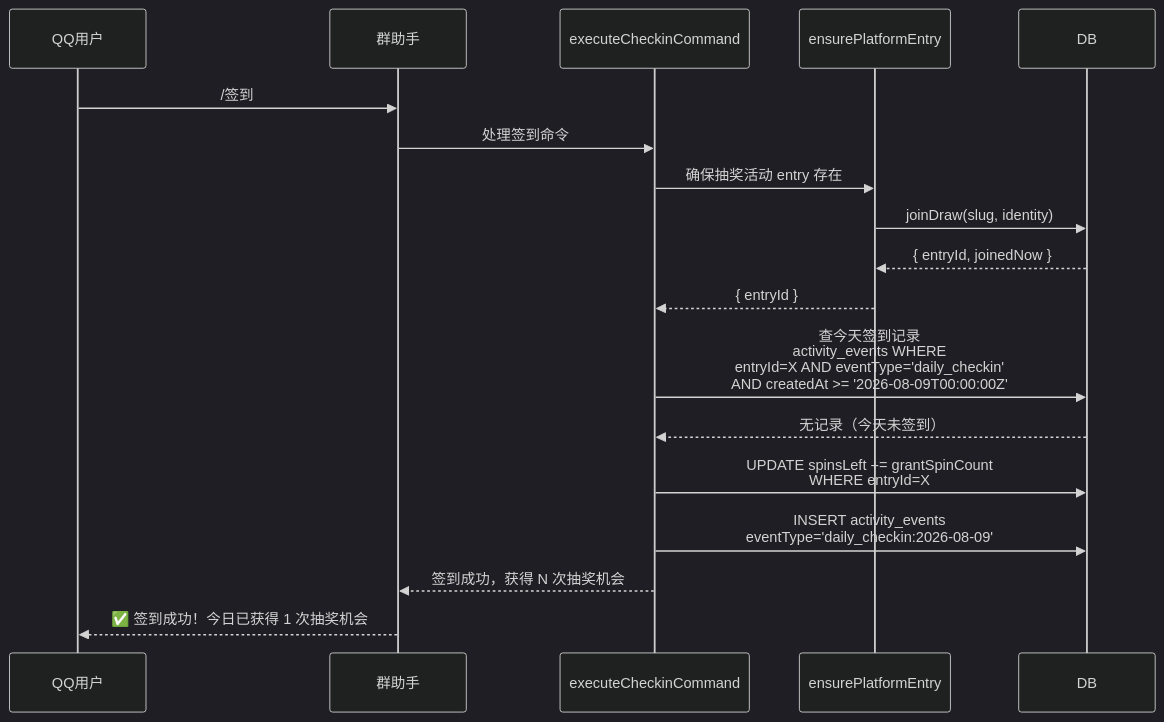
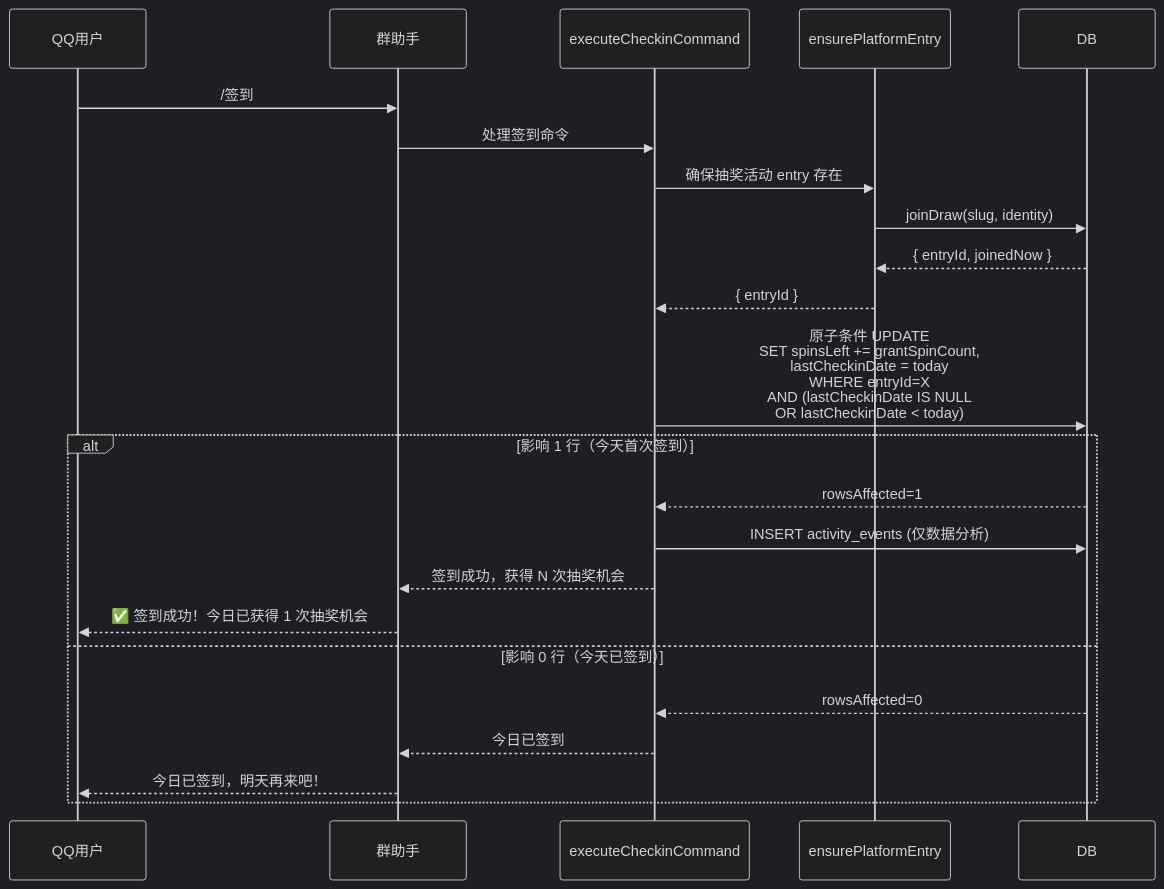
One commit to qwdingyu/cf-lottery changed the diagram in docs/171_签到积分与抽奖次数体系打通方案_2026-08-09.md. Above: the diagram before and after it, drawn with Mermaid (dark theme). The commit also changed other lines of this file and 4 other files, not shown here.

Commit message:
fix: 签到去重改用 last_checkin_date 条件原子UPDATE，消除TOCTOU竞态

````diff
--- a/docs/171_签到积分与抽奖次数体系打通方案_2026-08-09.md
+++ b/docs/171_签到积分与抽奖次数体系打通方案_2026-08-09.md
@@ -146,25 +145,27 @@
 ```mermaid
 sequenceDiagram
     participant User as QQ用户
     participant Bot as 群助手
     participant Cmd as executeCheckinCommand
     participant Entry as ensurePlatformEntry
     participant DB as DB
 
     User->>Bot: /签到
     Bot->>Cmd: 处理签到命令
     Cmd->>Entry: 确保抽奖活动 entry 存在
     Entry->>DB: joinDraw(slug, identity)
     DB-->>Entry: { entryId, joinedNow }
     Entry-->>Cmd: { entryId }
 
-    Cmd->>DB: 查今天签到记录<br/>activity_events WHERE<br/>entryId=X AND eventType='daily_checkin'<br/>AND createdAt >= '2026-08-09T00:00:00Z'
-    DB-->>Cmd: 无记录（今天未签到）
-
-    Cmd->>DB: UPDATE spinsLeft += grantSpinCount<br/>WHERE entryId=X
-
-    Cmd->>DB: INSERT activity_events<br/>eventType='daily_checkin:2026-08-09'
-
-    Cmd-->>Bot: 签到成功，获得 N 次抽奖机会
-    Bot-->>User: ✅ 签到成功！今日已获得 1 次抽奖机会
+    Cmd->>DB: 原子条件 UPDATE<br/>SET spinsLeft += grantSpinCount,<br/>    lastCheckinDate = today<br/>WHERE entryId=X<br/>  AND (lastCheckinDate IS NULL<br/>       OR lastCheckinDate < today)
+    alt 影响 1 行（今天首次签到）
+        DB-->>Cmd: rowsAffected=1
+        Cmd->>DB: INSERT activity_events (仅数据分析)
+        Cmd-->>Bot: 签到成功，获得 N 次抽奖机会
+        Bot-->>User: ✅ 签到成功！今日已获得 1 次抽奖机会
+    else 影响 0 行（今天已签到）
+        DB-->>Cmd: rowsAffected=0
+        Cmd-->>Bot: 今日已签到
+        Bot-->>User: 今日已签到，明天再来吧！
+    end
 ```
````
